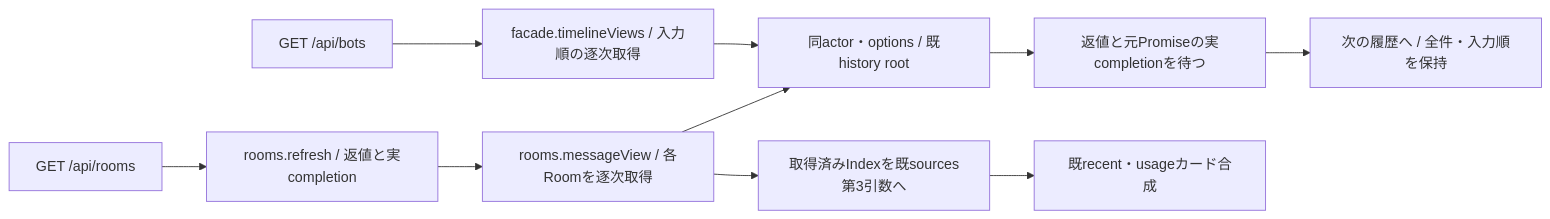
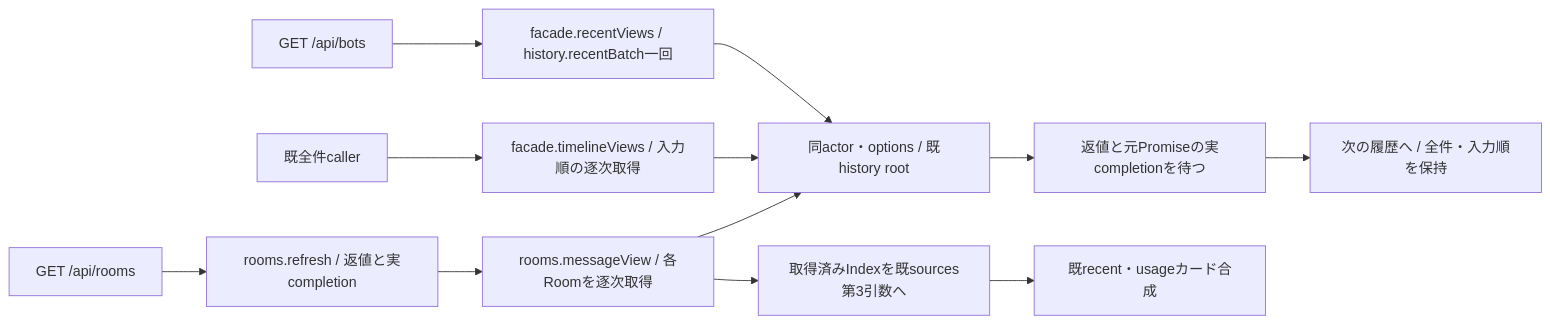
Before and after one commit to kitepon/BellTeam: the second of 25 diagrams in docs/architecture/modules/integration/README.md, drawn with Mermaid. The commit also changed other lines of this file and 5 other files, not shown here.

Commit message:
Read conversation pages and recent batches through child-owned history

````diff
--- a/docs/architecture/modules/integration/README.md
+++ b/docs/architecture/modules/integration/README.md
@@ -58,12 +58,14 @@
 ```mermaid
 flowchart LR
-  Bots[GET /api/bots] --> Views[facade.timelineViews / 入力順の逐次取得]
+  Bots[GET /api/bots] --> Recent[facade.recentViews / history.recentBatch一回]
+  Recent --> History[同actor・options / 既history root]
+  Full[既全件caller] --> Views[facade.timelineViews / 入力順の逐次取得]
   Rooms[GET /api/rooms] --> Refresh[rooms.refresh / 返値と実completion]
   Refresh --> RoomView[rooms.messageView / 各Roomを逐次取得]
-  Views --> History[同actor・options / 既history root]
+  Views --> History
   RoomView --> History
   History --> Result[返値と元Promiseの実completionを待つ]
   Result --> Next[次の履歴へ / 全件・入力順を保持]
   RoomView --> Prepared[取得済みIndexを既sources第3引数へ]
   Prepared --> Cards[既recent・usageカード合成]
 ```
````
